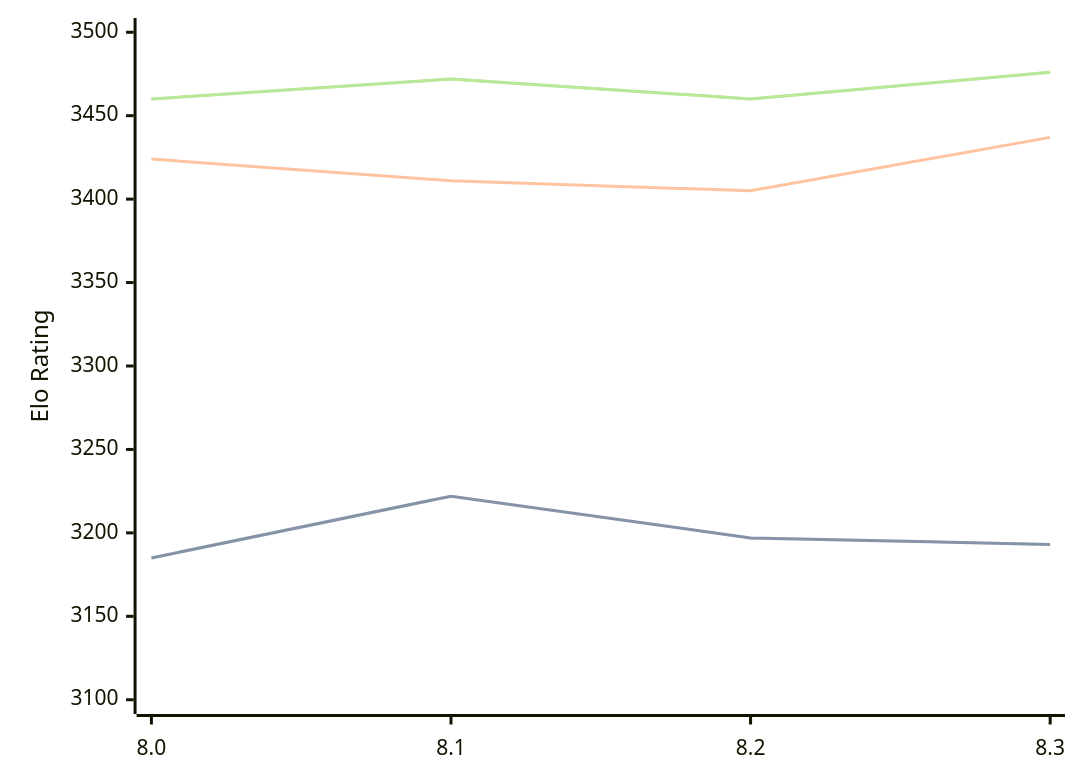
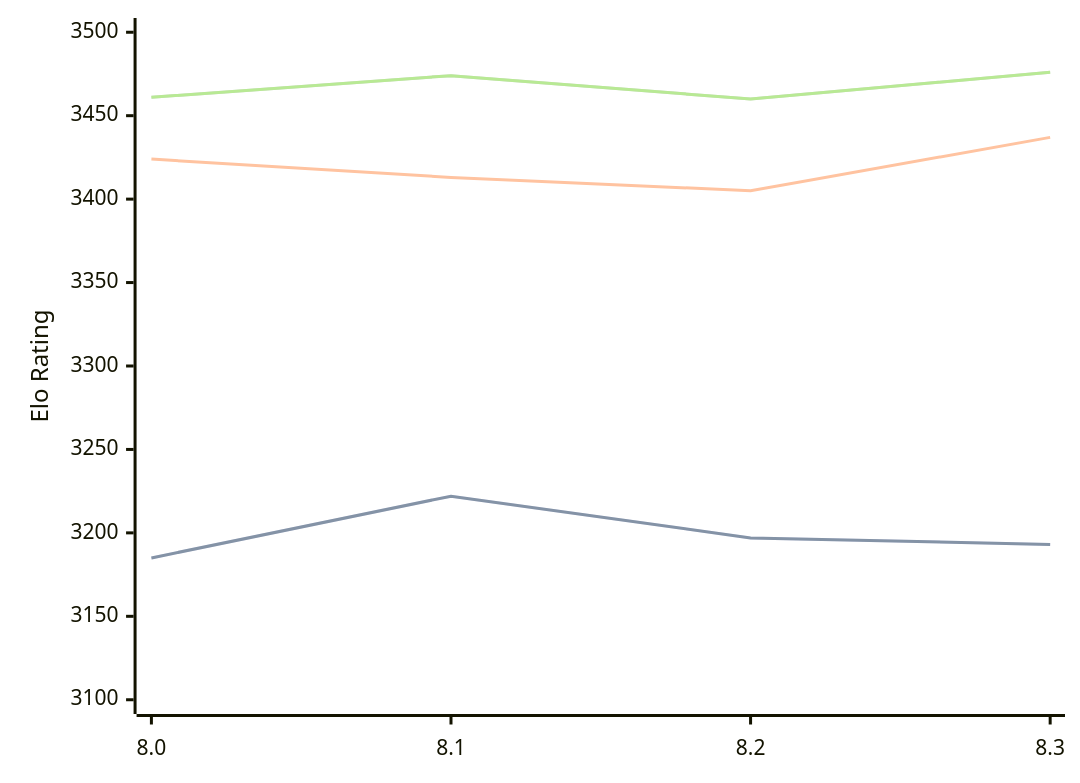
The diagram in engines/Alexander.md (computer-chess-index/cci), drawn with Mermaid before and after one commit. The commit also changed other lines of this file, not shown here.

Commit message:
Update CCI Ratings (ELO VLTC) - 2026-05-04

````diff
--- a/engines/Alexander.md
+++ b/engines/Alexander.md
@@ -48,11 +48,11 @@
 ```mermaid
 %%{init: {"theme":"base","themeVariables":{"seriesColors:['#a3a3a3','#222221','#faa371']}}}%%
 xychart-beta
   x-axis ["8.0", "8.1", "8.2", "8.3"]
   y-axis "Elo Rating" 3100 --> 3500
   line "STC (8.0+0.08s)" [3185, 3222, 3197, 3193]
   line "STC (8.0+0.08s)" [3185, 3222, 3197, 3193]
-  line "LTC (60.0+0.60s)" [3424, 3411, 3405, 3437]
-  line "VLTC (2m24s+1.12s)" [3460, 3472, 3460, 3476]
-  line "VLTC (2m24s+1.12s)" [3460, 3472, 3460, 3476]
+  line "LTC (60.0+0.60s)" [3424, 3413, 3405, 3437]
+  line "VLTC (2m24s+1.12s)" [3461, 3474, 3460, 3476]
+  line "VLTC (2m24s+1.12s)" [3461, 3474, 3460, 3476]
 ```
````
